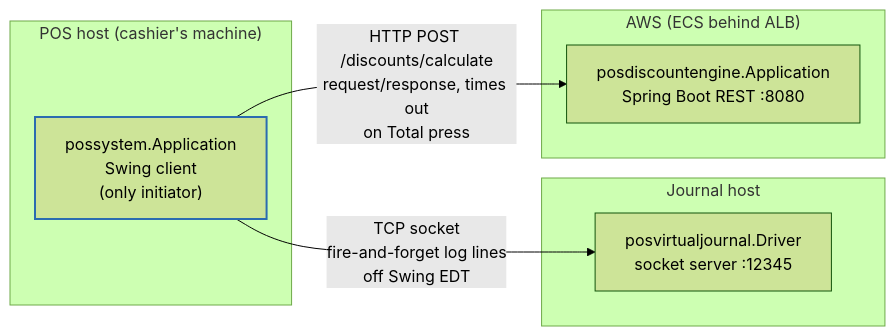
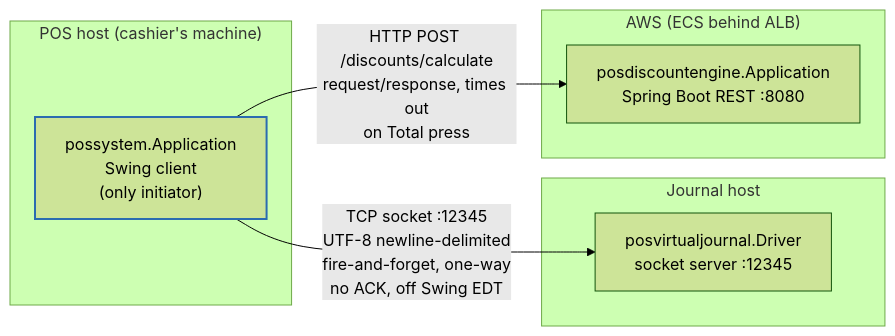
One commit to rhuel-laurente-rp/rocketpartners-pos changed the first of 4 diagrams in docs/Phase 1/architecture.md. Above: the diagram before and after it, drawn with Mermaid (forest theme). The commit also changed other lines of this file and 43 other files, not shown here.

````diff
--- a/docs/Phase 1/architecture.md
+++ b/docs/Phase 1/architecture.md
@@ -7,20 +7,20 @@
 ```mermaid
 flowchart LR
     subgraph POSHost["POS host (cashier's machine)"]
         POS["possystem.Application<br/>Swing client<br/>(only initiator)"]
     end
 
     subgraph JournalHost["Journal host"]
         JOURNAL["posvirtualjournal.Driver<br/>socket server :12345"]
     end
 
     subgraph CloudHost["AWS (ECS behind ALB)"]
         ENGINE["posdiscountengine.Application<br/>Spring Boot REST :8080"]
     end
 
-    POS -- "TCP socket<br/>fire-and-forget log lines<br/>off Swing EDT" --> JOURNAL
+    POS -- "TCP socket :12345<br/>UTF-8 newline-delimited<br/>fire-and-forget, one-way<br/>no ACK, off Swing EDT" --> JOURNAL
     POS -- "HTTP POST /discounts/calculate<br/>request/response, times out<br/>on Total press" --> ENGINE
 
     classDef initiator stroke-width:2px,stroke:#2b6cb0
     class POS initiator
 ```
````
